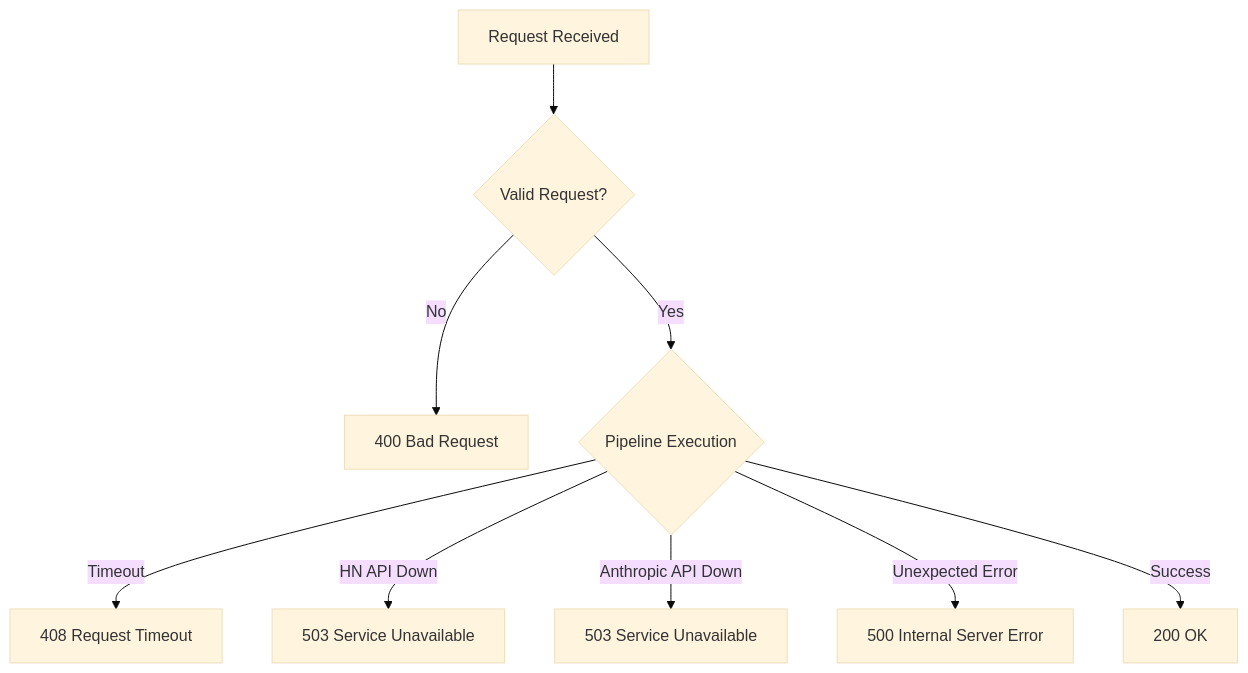
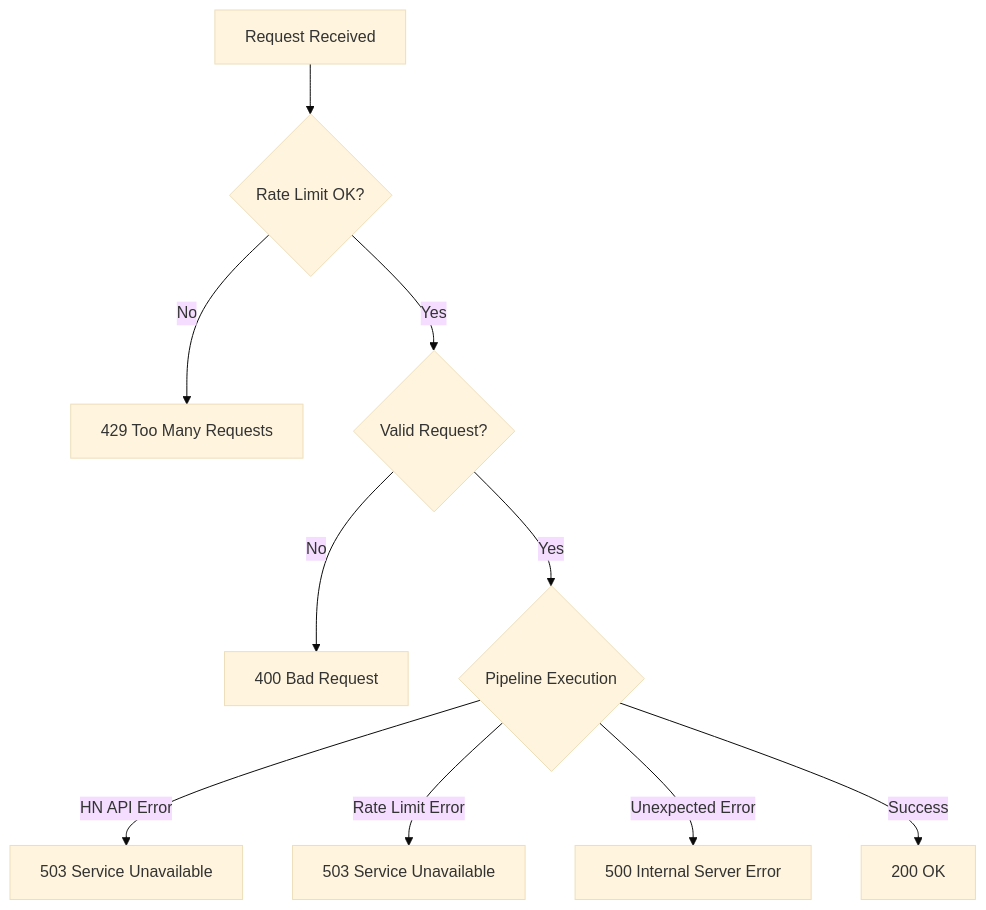
Before and after one commit to darth-dodo/hn-herald: the second of 2 diagrams in docs/design/05b-fastapi-layer.md, drawn with Mermaid (base theme). The commit also changed other lines of this file and 17 other files, not shown here.

````diff
--- a/docs/design/05b-fastapi-layer.md
+++ b/docs/design/05b-fastapi-layer.md
@@ -747,12 +535,13 @@
 ```mermaid
 flowchart TD
-    A[Request Received] --> B{Valid Request?}
-    B -->|No| C[400 Bad Request]
-    B -->|Yes| D{Pipeline Execution}
+    A[Request Received] --> B{Rate Limit OK?}
+    B -->|No| C[429 Too Many Requests]
+    B -->|Yes| D{Valid Request?}
+    D -->|No| E[400 Bad Request]
+    D -->|Yes| F{Pipeline Execution}
 
-    D -->|Timeout| E[408 Request Timeout]
-    D -->|HN API Down| F[503 Service Unavailable]
-    D -->|Anthropic API Down| G[503 Service Unavailable]
-    D -->|Unexpected Error| H[500 Internal Server Error]
-    D -->|Success| I[200 OK]
+    F -->|HN API Error| G[503 Service Unavailable]
+    F -->|Rate Limit Error| H[503 Service Unavailable]
+    F -->|Unexpected Error| I[500 Internal Server Error]
+    F -->|Success| J[200 OK]
 ```
````
